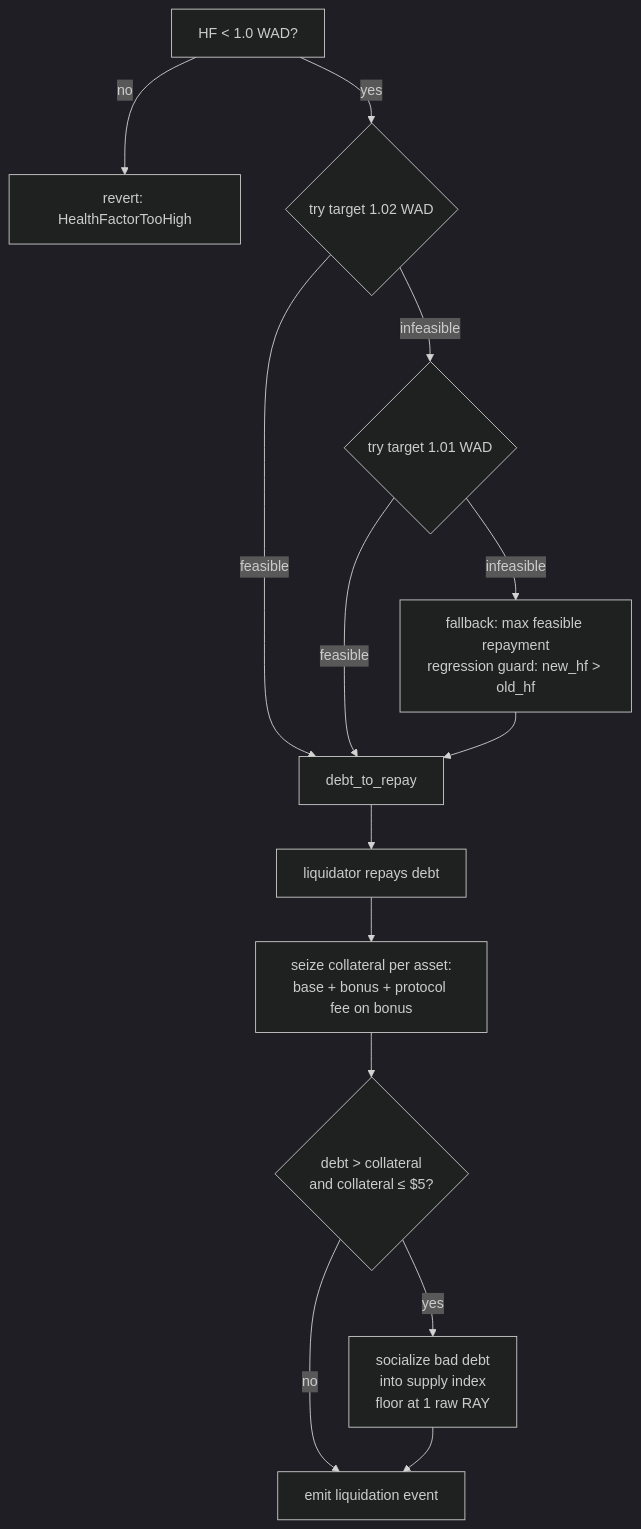
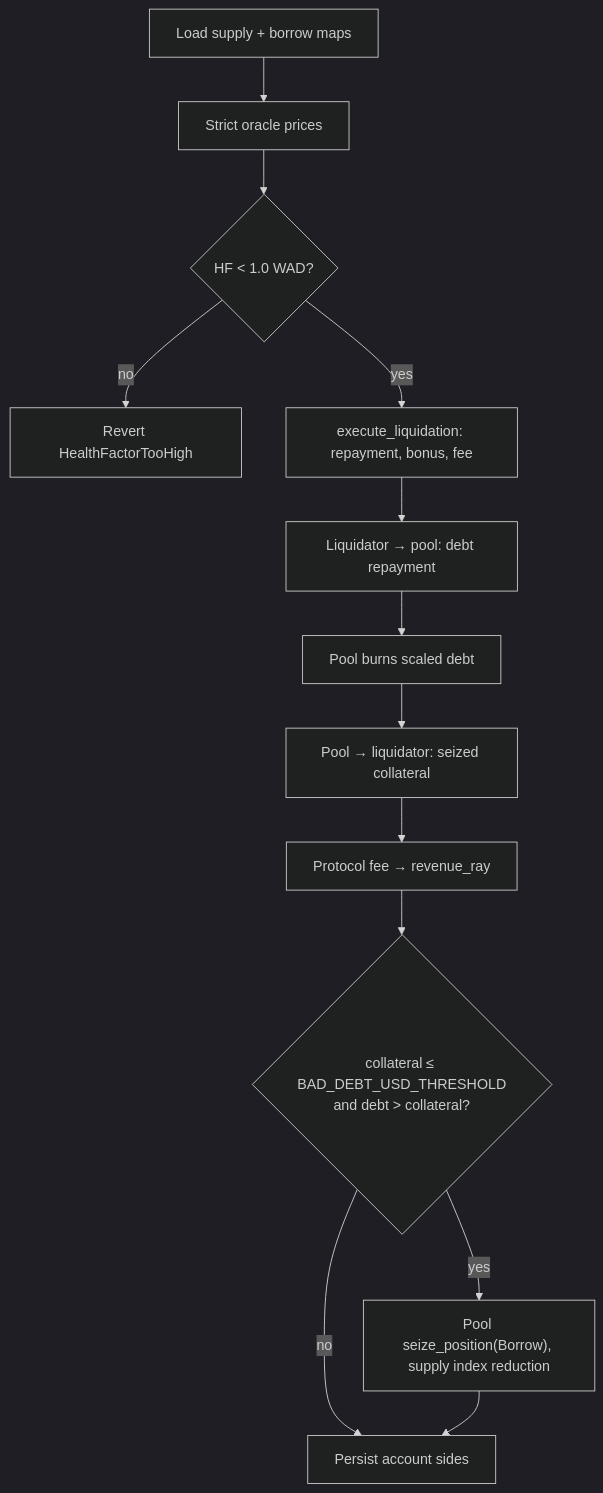
One commit to XOXNO/rs-lending-xlm changed the seventh of 14 diagrams in SCF_BUILD_ARCHITECTURE.md. Above: the diagram before and after it, drawn with Mermaid (dark theme). The commit also changed other lines of this file and 332 other files, not shown here.

````diff
--- a/SCF_BUILD_ARCHITECTURE.md
+++ b/SCF_BUILD_ARCHITECTURE.md
@@ -448,16 +597,15 @@
 ```mermaid
 flowchart TD
-    A["HF < 1.0 WAD?"] -->|no| REV["revert: HealthFactorTooHigh"]
-    A -->|yes| T102{"try target 1.02 WAD"}
-    T102 -->|feasible| D["debt_to_repay"]
-    T102 -->|infeasible| T101{"try target 1.01 WAD"}
-    T101 -->|feasible| D
-    T101 -->|infeasible| FB["fallback: max feasible repayment<br/>regression guard: new_hf > old_hf"]
-    FB --> D
-    D --> REP["liquidator repays debt"]
-    REP --> SEIZE["seize collateral per asset:<br/>base + bonus + protocol fee on bonus"]
-    SEIZE --> BAD{"debt > collateral<br/>and collateral ≤ $5?"}
-    BAD -->|yes| SOCIAL["socialize bad debt<br/>into supply index<br/>floor at 1 raw RAY"]
-    BAD -->|no| OK["emit liquidation event"]
-    SOCIAL --> OK
+    A["Load supply + borrow maps"] --> B["Strict oracle prices"]
+    B --> C{"HF < 1.0 WAD?"}
+    C -->|no| R["Revert HealthFactorTooHigh"]
+    C -->|yes| D["execute_liquidation: repayment, bonus, fee"]
+    D --> E["Liquidator → pool: debt repayment"]
+    E --> F["Pool burns scaled debt"]
+    F --> G["Pool → liquidator: seized collateral"]
+    G --> H["Protocol fee → revenue_ray"]
+    H --> I{"collateral ≤ BAD_DEBT_USD_THRESHOLD<br/>and debt > collateral?"}
+    I -->|yes| K["Pool seize_position(Borrow), supply index reduction"]
+    I -->|no| L["Persist account sides"]
+    K --> L
 ```
````
